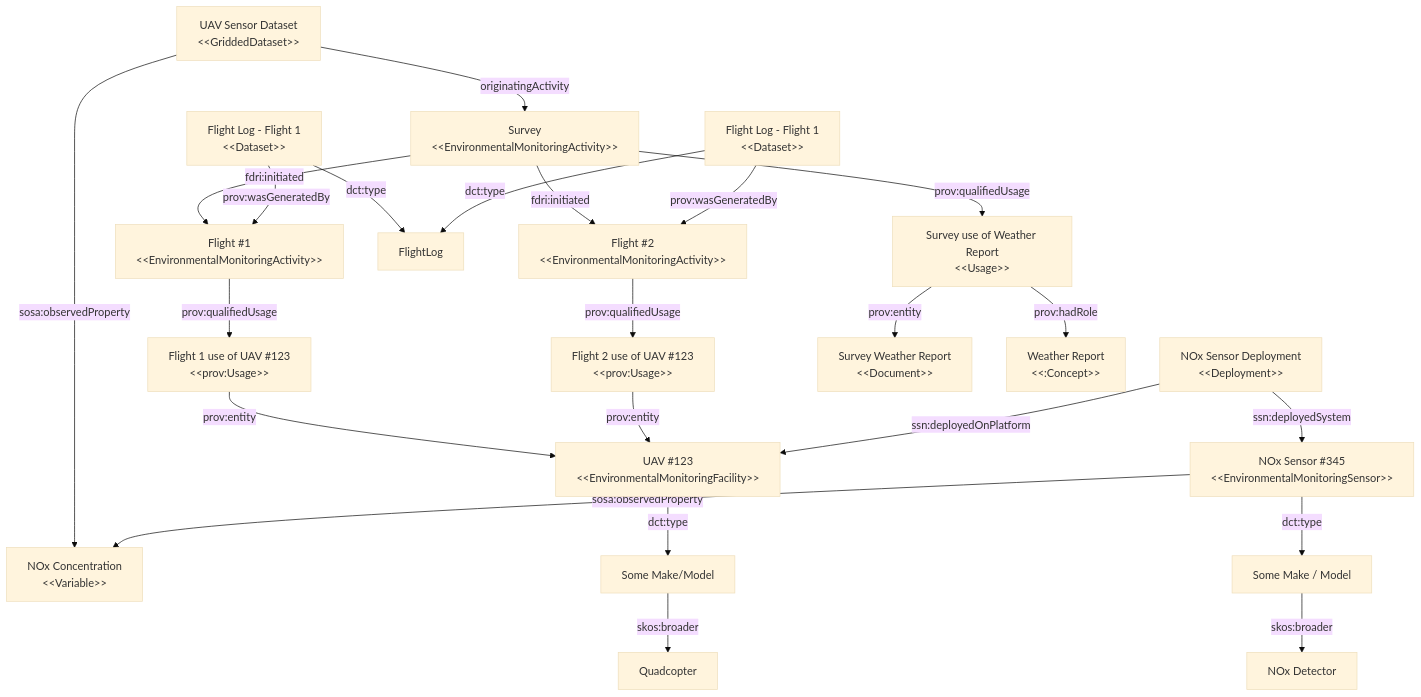
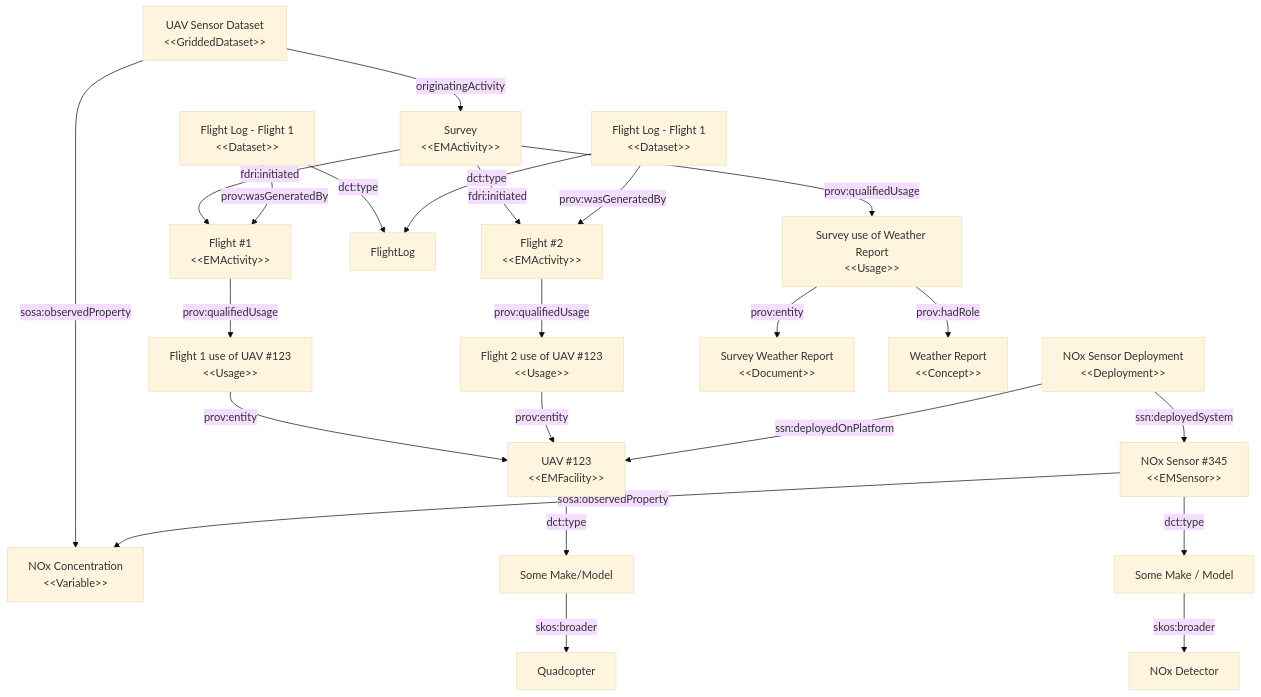
The second of 2 diagrams in ontology/working_notes/uav-dataset-proposal.md (NERC-CEH/fdri-ontology), drawn with Mermaid (base theme) before and after one commit.

Commit message:
Update diagram for readability

````diff
--- a/ontology/working_notes/uav-dataset-proposal.md
+++ b/ontology/working_notes/uav-dataset-proposal.md
@@ -46,60 +46,60 @@
 ```mermaid
 flowchart
 Dataset["UAV Sensor Dataset
 &lt;&lt;GriddedDataset>>"]
 Variable["NOx Concentration
 &lt;&lt;Variable>>"]
 UAV["UAV #123
-&lt;&lt;EnvironmentalMonitoringFacility>>"]
+&lt;&lt;EMFacility>>"]
 UAVModel["Some Make/Model"]
 Quadcopter["Quadcopter"]
 Flight1["Flight #1
-&lt;&lt;EnvironmentalMonitoringActivity>>"]
+&lt;&lt;EMActivity>>"]
 Flight2["Flight #2
-&lt;&lt;EnvironmentalMonitoringActivity>>"]
+&lt;&lt;EMActivity>>"]
 Survey["Survey
-&lt;&lt;EnvironmentalMonitoringActivity>>"]
+&lt;&lt;EMActivity>>"]
 Usage1["Flight 1 use of UAV #123
-&lt;&lt;prov:Usage>>"]
+&lt;&lt;Usage>>"]
 Deployment["NOx Sensor Deployment
 &lt;&lt;Deployment>>"]
 Usage2["Flight 2 use of UAV #123
-&lt;&lt;prov:Usage>>"]
+&lt;&lt;Usage>>"]
 Sensor["NOx Sensor #345
-&lt;&lt;EnvironmentalMonitoringSensor>>"]
+&lt;&lt;EMSensor>>"]
 SensorModel["Some Make / Model"]
 SensorType["NOx Detector"]
 
 UAVModel -- skos:broader --> Quadcopter
 UAV -- dct:type --> UAVModel
 Survey -- fdri:initiated --> Flight1
 Survey -- fdri:initiated --> Flight2
 Dataset -- originatingActivity --> Survey
 Flight1 -- prov:qualifiedUsage --> Usage1
 Usage1 -- prov:entity --> UAV
 Flight2 -- prov:qualifiedUsage --> Usage2
 Usage2 -- prov:entity --> UAV
 Dataset -- sosa:observedProperty --> Variable
 Deployment -- ssn:deployedOnPlatform --> UAV
 Deployment -- ssn:deployedSystem --> Sensor
 Sensor -- sosa:observedProperty --> Variable
 Sensor -- dct:type --> SensorModel
 SensorModel -- skos:broader --> SensorType
 FlightLog1["Flight Log - Flight 1
 &lt;&lt;Dataset>>"]
 FlightLog1 -- dct:type --> FlightLog
 FlightLog1 -- prov:wasGeneratedBy --> Flight1
 FlightLog2["Flight Log - Flight 1
 &lt;&lt;Dataset>>"]
 FlightLog2 -- dct:type --> FlightLog
 FlightLog2 -- prov:wasGeneratedBy --> Flight2
 WeatherReport["Survey Weather Report
 &lt;&lt;Document>>"]
 WeatherReportConcept["Weather Report
-&lt;&lt:Concept>>"]
+&lt;&lt;Concept>>"]
 SurveyUsage["Survey use of Weather Report
 &lt;&lt;Usage>>"]
 Survey -- prov:qualifiedUsage --> SurveyUsage
 SurveyUsage -- prov:entity --> WeatherReport
 SurveyUsage -- prov:hadRole --> WeatherReportConcept
 ```
````
